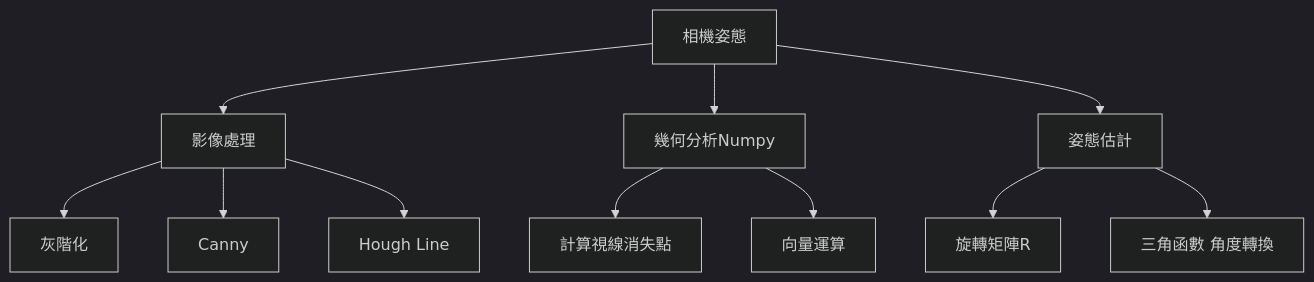
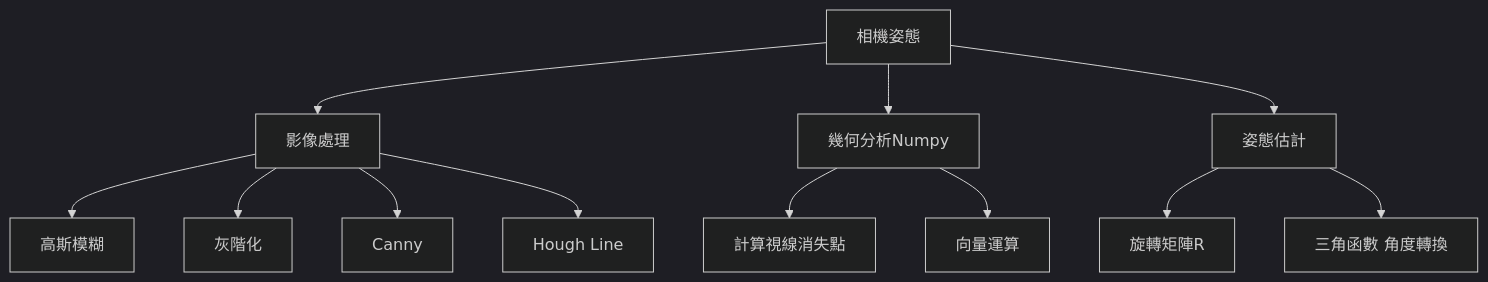
One commit to f114112140-star/Indoor-mobile-phone-camera-pose changed the first of 2 diagrams in README.md. Above: the diagram before and after it, drawn with Mermaid (dark theme). The commit also changed other lines of this file, not shown here.

First line of the commit message:
Enhance README with Gaussian blur and flow details

````diff
--- a/README.md
+++ b/README.md
@@ -27,14 +27,15 @@
 ```mermaid
 graph TD
   A[相機姿態] -->B[影像處理]
   A --> C[幾何分析Numpy]
   A --> D[姿態估計]
+  B --> L[高斯模糊]
   B --> E[灰階化]
   B --> F[Canny]
   B --> G[Hough Line]
   C --> H[計算視線消失點]
   C --> I[向量運算]
   D --> J[旋轉矩陣R]
   D --> K[三角函數 角度轉換 ]
 
 ```
````
